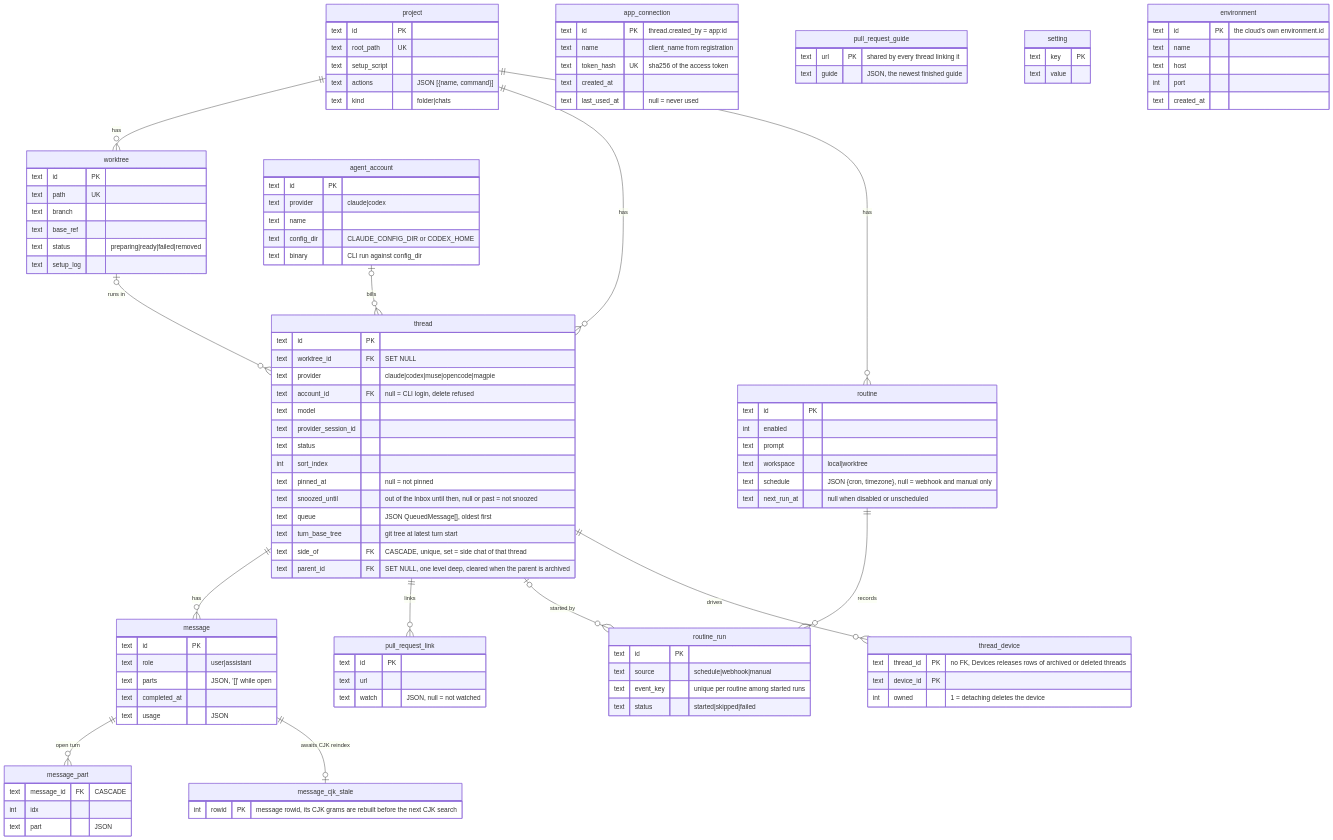
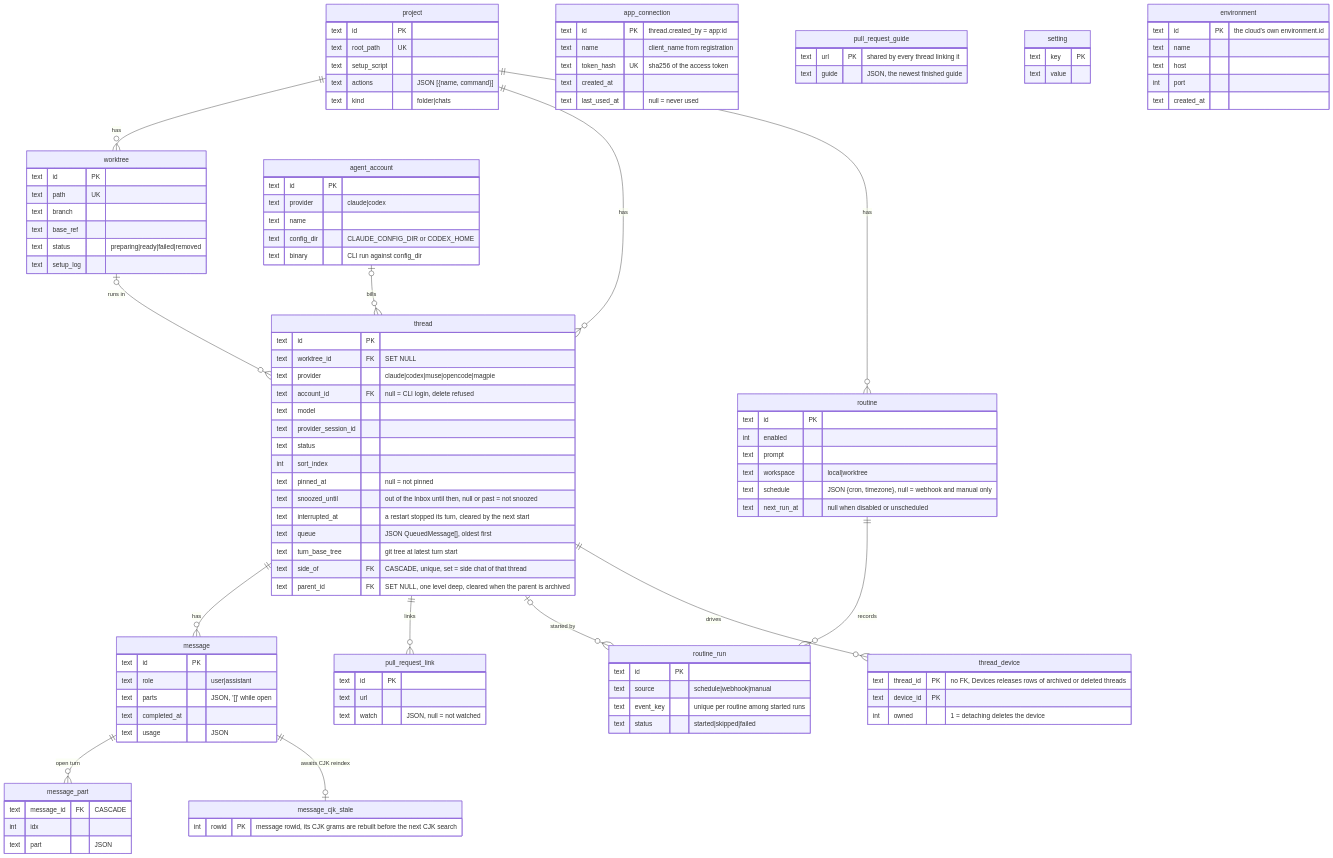
Before and after one commit to hinadev-ai/hinacode: diagram 12 of 19 in docs/arch.md, drawn with Mermaid. The commit also changed other lines of this file and 3 other files, not shown here.

```diff
--- a/docs/arch.md
+++ b/docs/arch.md
@@ -455,6 +455,7 @@
     int sort_index
     text pinned_at "null = not pinned"
     text snoozed_until "out of the Inbox until then, null or past = not snoozed"
+    text interrupted_at "a restart stopped its turn, cleared by the next start"
     text queue "JSON QueuedMessage[], oldest first"
     text turn_base_tree "git tree at latest turn start"
     text side_of FK "CASCADE, unique, set = side chat of that thread"
```
